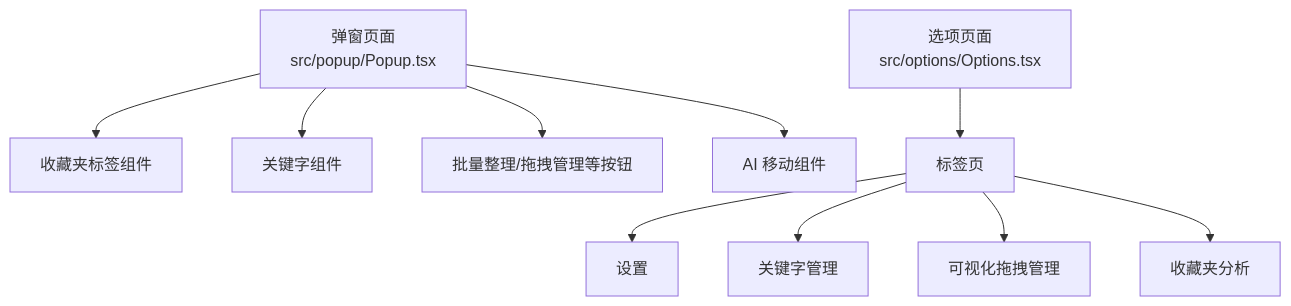
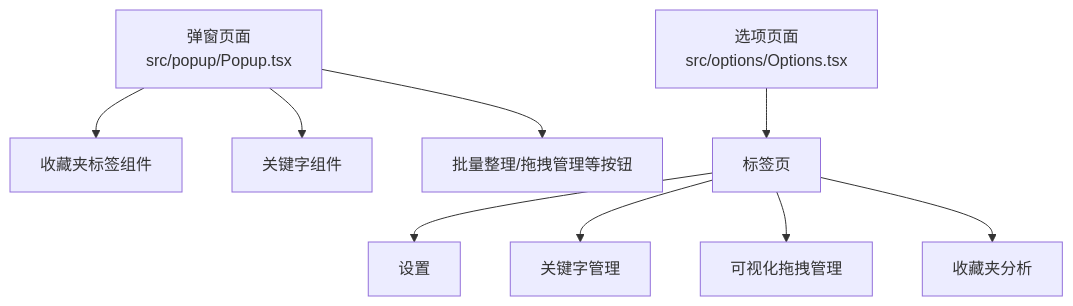
The eighth of 9 diagrams in .qoder/repowiki/zh/content/核心功能模块/收藏夹管理系统.md (RadiumAg/bilibili-favorites), drawn with Mermaid before and after one commit. The commit also changed other lines of this file and 21 other files, not shown here.

````diff
--- a/.qoder/repowiki/zh/content/核心功能模块/收藏夹管理系统.md
+++ b/.qoder/repowiki/zh/content/核心功能模块/收藏夹管理系统.md
@@ -380,12 +302,11 @@
 ```mermaid
 graph TB
 Popup["弹窗页面<br/>src/popup/Popup.tsx"] --> FavoriteTag["收藏夹标签组件"]
 Popup --> Keyword["关键字组件"]
 Popup --> Actions["批量整理/拖拽管理等按钮"]
-Popup --> AIMove["AI 移动组件"]
 Options["选项页面<br/>src/options/Options.tsx"] --> Tabs["标签页"]
 Tabs --> Setting["设置"]
 Tabs --> KeywordMgr["关键字管理"]
 Tabs --> DragMgr["可视化拖拽管理"]
 Tabs --> Analysis["收藏夹分析"]
 ```
````
